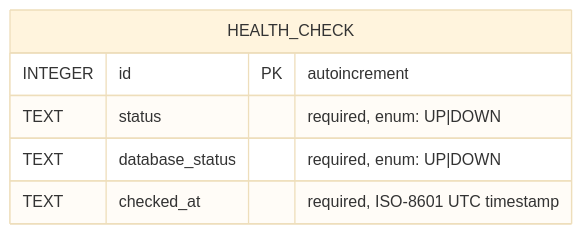
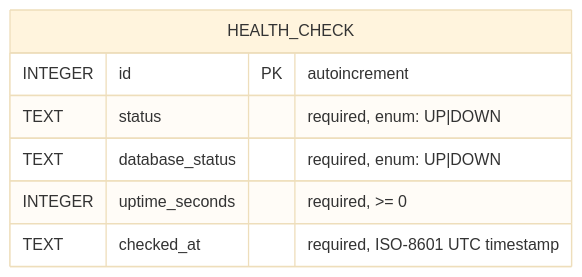
One commit to AIDDbot/ab-java-react changed the diagram in docs/arch/ER.md. Above: the diagram before and after it, drawn with Mermaid (base theme). The commit also changed other lines of this file and 2 other files, not shown here.

````diff
--- a/docs/arch/ER.md
+++ b/docs/arch/ER.md
@@ -9,9 +9,10 @@
 ```mermaid
 erDiagram
     HEALTH_CHECK {
         INTEGER id PK "autoincrement"
         TEXT status "required, enum: UP|DOWN"
         TEXT database_status "required, enum: UP|DOWN"
+        INTEGER uptime_seconds "required, >= 0"
         TEXT checked_at "required, ISO-8601 UTC timestamp"
     }
 ```
````
